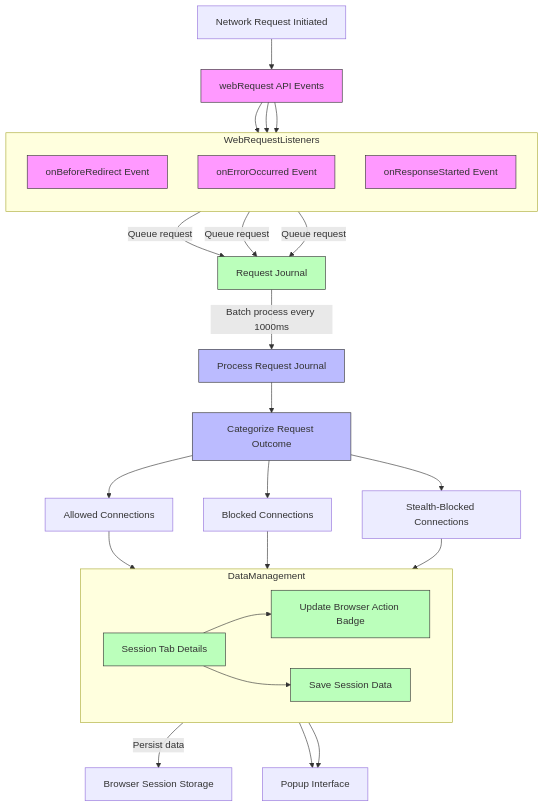
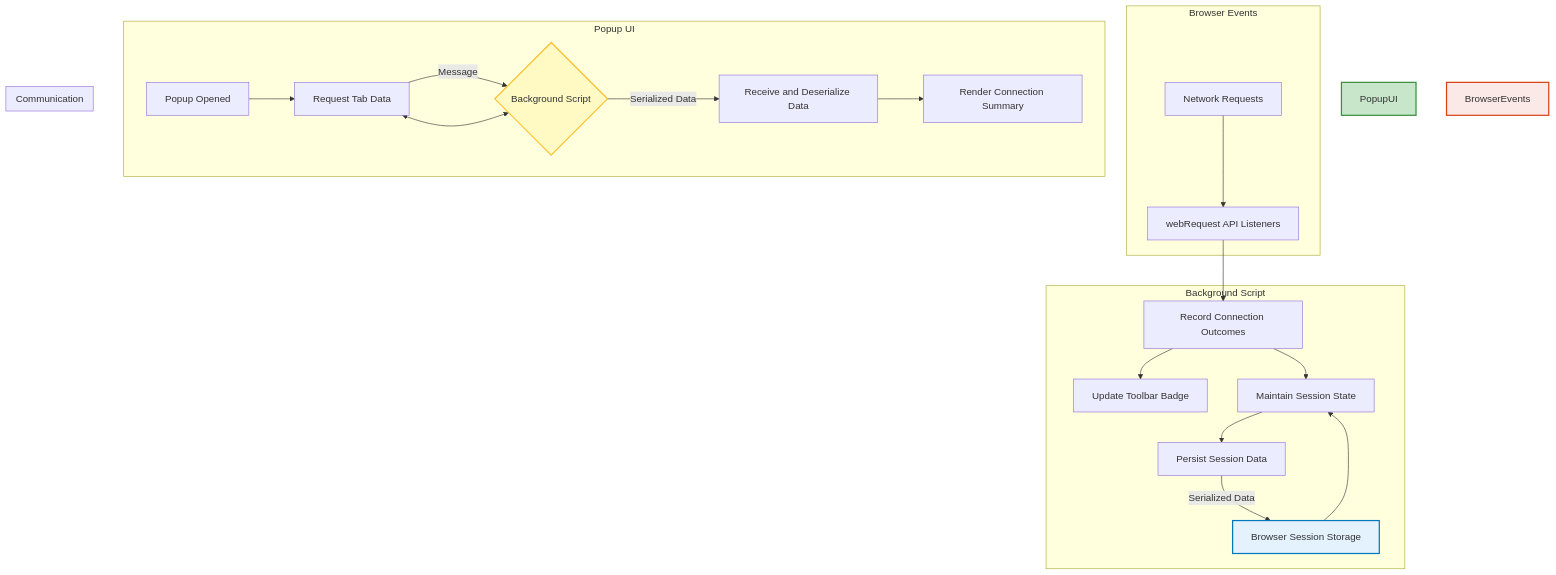
One commit to clidey/docucod-public-project-adf15a81-508f-4f0d-9083-12549e1f66a0 changed the diagram in overview/core-concepts-and-architecture/how-it-works-architecture.mdx. Above: the diagram before and after it, drawn with Mermaid. The commit also changed other lines of this file and 17 other files, not shown here.

````diff
--- a/overview/core-concepts-and-architecture/how-it-works-architecture.mdx
+++ b/overview/core-concepts-and-architecture/how-it-works-architecture.mdx
@@ -59,53 +72,36 @@
 ```mermaid
 flowchart TD
 
-  NetworkRequest["Network Request Initiated"] --> WebRequestAPI["webRequest API Events"]
-
-  subgraph WebRequestListeners
-    direction TB
-    OnBeforeRedirect["onBeforeRedirect Event"]
-    OnErrorOccurred["onErrorOccurred Event"]
-    OnResponseStarted["onResponseStarted Event"]
+  subgraph Browser Events
+    NR["Network Requests"] --> WR_API["webRequest API Listeners"]
   end
 
-  WebRequestAPI --> OnBeforeRedirect
-  WebRequestAPI --> OnErrorOccurred
-  WebRequestAPI --> OnResponseStarted
-
-  OnBeforeRedirect -->|Queue request| RequestJournal["Request Journal"]
-  OnErrorOccurred -->|Queue request| RequestJournal
-  OnResponseStarted -->|Queue request| RequestJournal
-
-  RequestJournal -->|Batch process every 1000ms| ProcessJournal["Process Request Journal"]
-
-  ProcessJournal --> Categorization["Categorize Request Outcome"]
-
-  Categorization --> Allowed["Allowed Connections"]
-  Categorization --> Blocked["Blocked Connections"]
-  Categorization --> StealthBlocked["Stealth-Blocked Connections"]
-
-  subgraph DataManagement
-    direction LR
-    TabDetails["Session Tab Details"]
-    UpdateBadge["Update Browser Action Badge"]
-    SaveSession["Save Session Data"]
+  subgraph Background Script
+    WR_API --> RecordOutcome["Record Connection Outcomes"]
+    RecordOutcome --> UpdateBadge["Update Toolbar Badge"]
+    RecordOutcome --> SessionData["Maintain Session State"]
+    SessionData --> PersistSession["Persist Session Data"]
+    PersistSession -- Serialized Data --> BrowserStorage["Browser Session Storage"]
   end
 
-  Allowed & Blocked & StealthBlocked --> TabDetails
-  TabDetails --> UpdateBadge
-  TabDetails --> SaveSession
+  subgraph Popup UI
+    PopupOpen["Popup Opened"] --> RequestData["Request Tab Data"]
+    RequestData -- Message --> BackgroundScript{Background Script}
+    BackgroundScript -- Serialized Data --> PopupReceive["Receive and Deserialize Data"]
+    PopupReceive --> RenderUI["Render Connection Summary"]
+  end
 
-  SaveSession -->|Persist data| Storage["Browser Session Storage"]
+  BrowserStorage --> SessionData
 
-  UpdateBadge --> PopupUI["Popup Interface"]
-  TabDetails --> PopupUI
+  subgraph Communication
+    RequestData <--> BackgroundScript
+  end
 
-  classDef api fill:#f9f,stroke:#333,stroke-width:1px;
-  classDef process fill:#bbf,stroke:#333,stroke-width:1px;
-  classDef data fill:#bfb,stroke:#333,stroke-width:1px;
+  style BrowserStorage fill:#e3f2fd,stroke:#0277bd,stroke-width:2px
+  style BackgroundScript fill:#fff9c4,stroke:#fbc02d,stroke-width:2px
+  style PopupUI fill:#c8e6c9,stroke:#388e3c,stroke-width:2px
+  style BrowserEvents fill:#fbe9e7,stroke:#d84315,stroke-width:2px
 
-  class WebRequestAPI,OnBeforeRedirect,OnErrorOccurred,OnResponseStarted api;
-  class ProcessJournal,Categorization process;
-  class TabDetails,UpdateBadge,SaveSession,RequestJournal data;
+  classDef decision fill:#f9f,stroke:#333,stroke-width:2px
 
 ```
````
